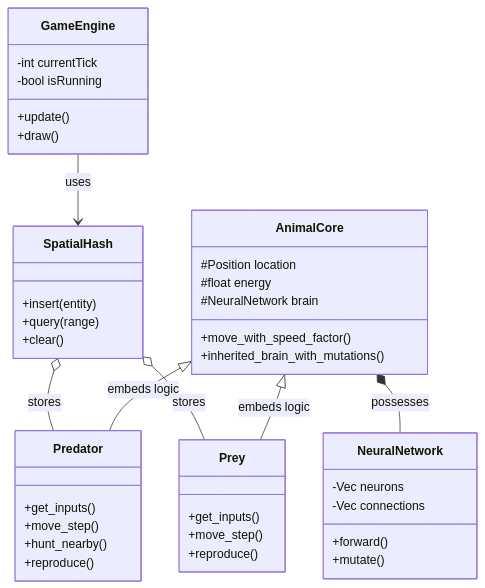
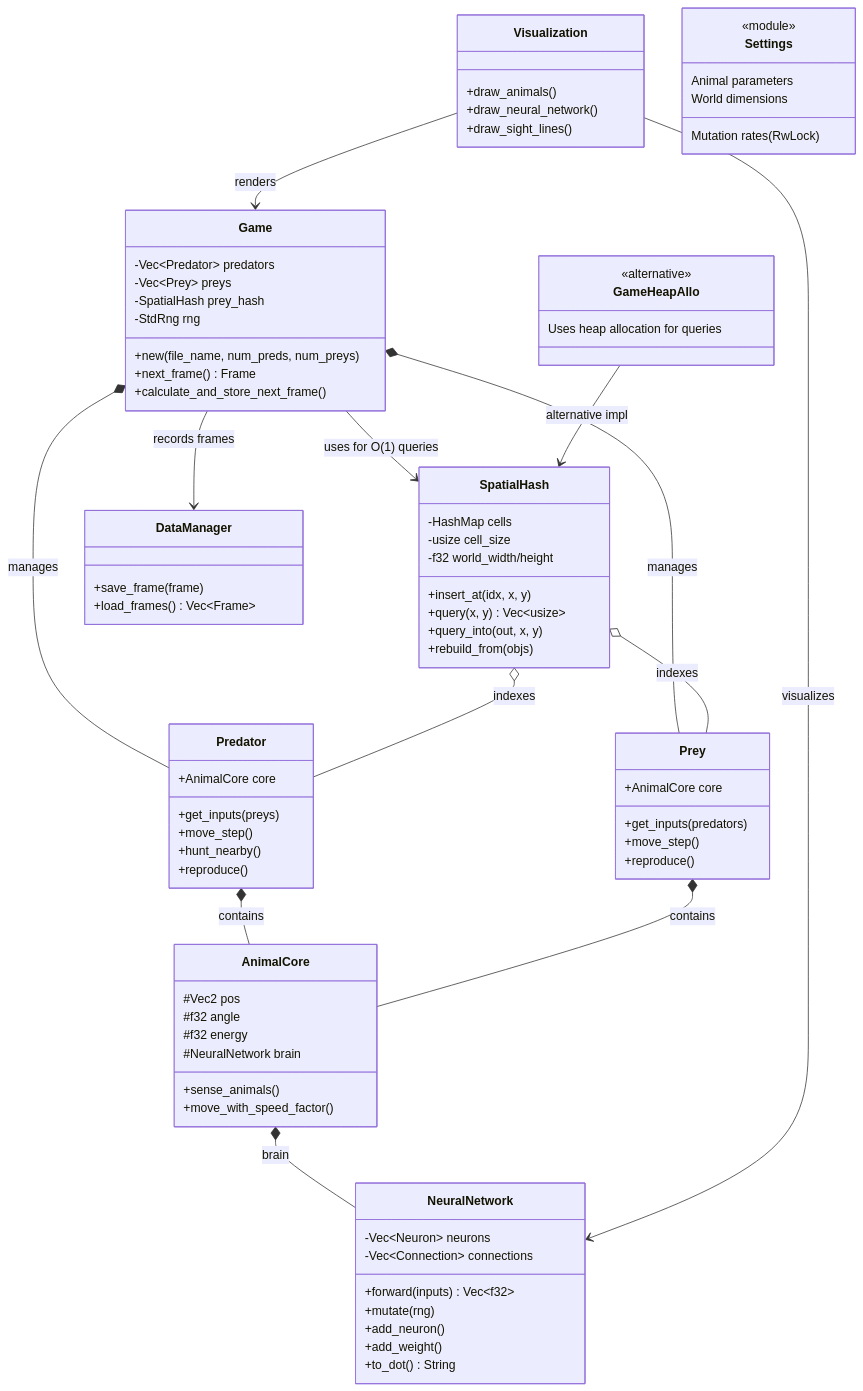
One commit to toschkabirne/foxAndchicks changed the diagram in README.md. Above: the diagram before and after it, drawn with Mermaid. The commit also changed other lines of this file, not shown here.

````diff
--- a/README.md
+++ b/README.md
@@ -125,56 +159,101 @@
 ```mermaid
 classDiagram
     %% CORE SIMULATION LOGIC
-    class GameEngine {
-        -int currentTick
-        -bool isRunning
-        +update()
-        +draw()
+    class Game {
+        -Vec~Predator~ predators
+        -Vec~Prey~ preys
+        -SpatialHash prey_hash
+        -StdRng rng
+        +new(file_name, num_preds, num_preys)
+        +next_frame() Frame
+        +calculate_and_store_next_frame()
+    }
+
+    class GameHeapAllo {
+        <<alternative>>
+        Uses heap allocation for queries
     }
 
     class SpatialHash {
-        +insert(entity)
-        +query(range)
-        +clear()
+        -HashMap cells
+        -usize cell_size
+        -f32 world_width/height
+        +insert_at(idx, x, y)
+        +query(x, y) Vec~usize~
+        +query_into(out, x, y)
+        +rebuild_from(objs)
     }
 
     %% ENTITIES
     class AnimalCore {
-        #Position location
-        #float energy
+        #Vec2 pos
+        #f32 angle
+        #f32 energy
         #NeuralNetwork brain
+        +sense_animals()
         +move_with_speed_factor()
-        +inherited_brain_with_mutations()
     }
 
     class Predator {
-        +get_inputs()
+        +AnimalCore core
+        +get_inputs(preys)
         +move_step()
         +hunt_nearby()
         +reproduce()
     }
 
     class Prey {
-        +get_inputs()
+        +AnimalCore core
+        +get_inputs(predators)
         +move_step()
         +reproduce()
     }
 
-    %% DATA LAYER
+    %% NEURAL NETWORK
     class NeuralNetwork {
-        -Vec neurons
-        -Vec connections
-        +forward()
-        +mutate()
+        -Vec~Neuron~ neurons
+        -Vec~Connection~ connections
+        +forward(inputs) Vec~f32~
+        +mutate(rng)
+        +add_neuron()
+        +add_weight()
+        +to_dot() String
+    }
+
+    %% DATA & VISUALIZATION
+    class DataManager {
+        +save_frame(frame)
+        +load_frames() Vec~Frame~
+    }
+
+    class Visualization {
+        +draw_animals()
+        +draw_neural_network()
+        +draw_sight_lines()
+    }
+
+    class Settings {
+        <<module>>
+        Mutation rates (RwLock)
+        Animal parameters
+        World dimensions
     }
 
     %% RELATIONSHIPS
-    GameEngine --> SpatialHash : uses
-    SpatialHash o-- Predator : stores
-    SpatialHash o-- Prey : stores
-    
-    AnimalCore <|-- Predator : embeds logic
-    AnimalCore <|-- Prey : embeds logic
-    
-    AnimalCore *-- NeuralNetwork : possesses
+    Game --> SpatialHash : uses for O(1) queries
+    Game --> DataManager : records frames
+    Game *-- Predator : manages
+    Game *-- Prey : manages
+
+    GameHeapAllo --> SpatialHash : alternative impl
+
+    Predator *-- AnimalCore : contains
+    Prey *-- AnimalCore : contains
+    AnimalCore *-- NeuralNetwork : brain
+
+    SpatialHash o-- Predator : indexes
+    SpatialHash o-- Prey : indexes
+
+    Visualization --> Game : renders
+    Visualization --> NeuralNetwork : visualizes
 ```
````
